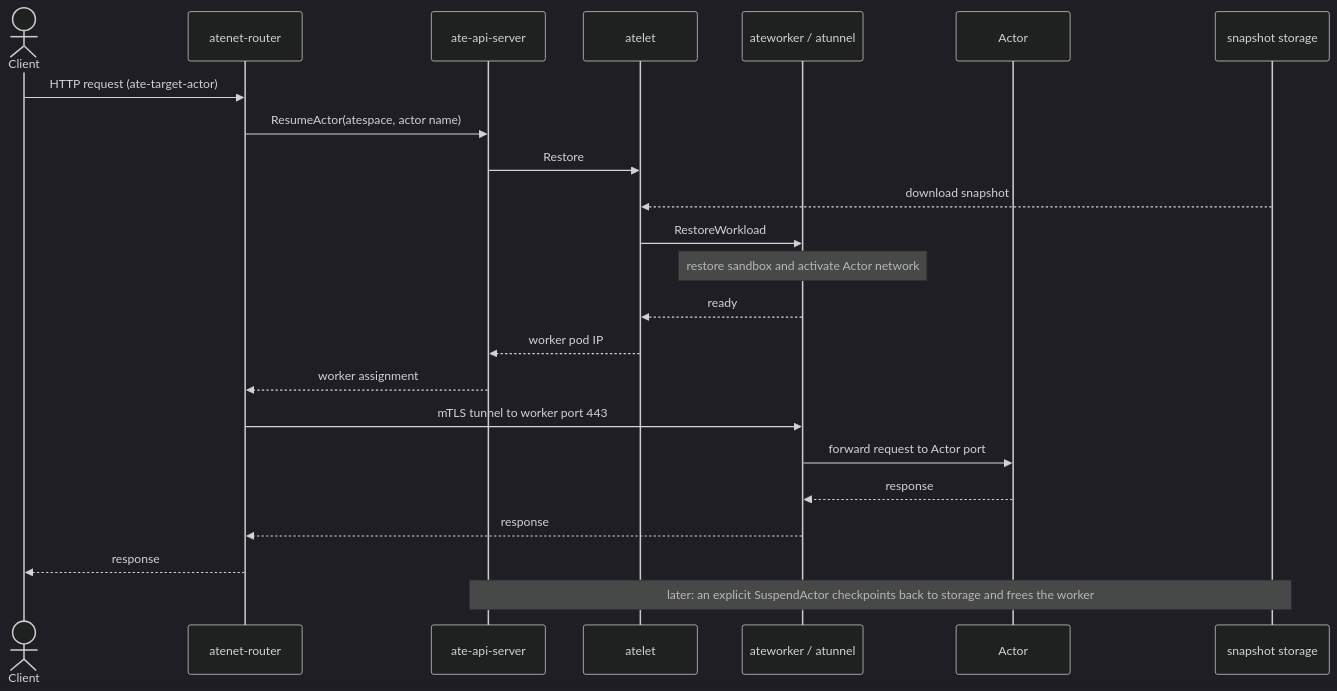
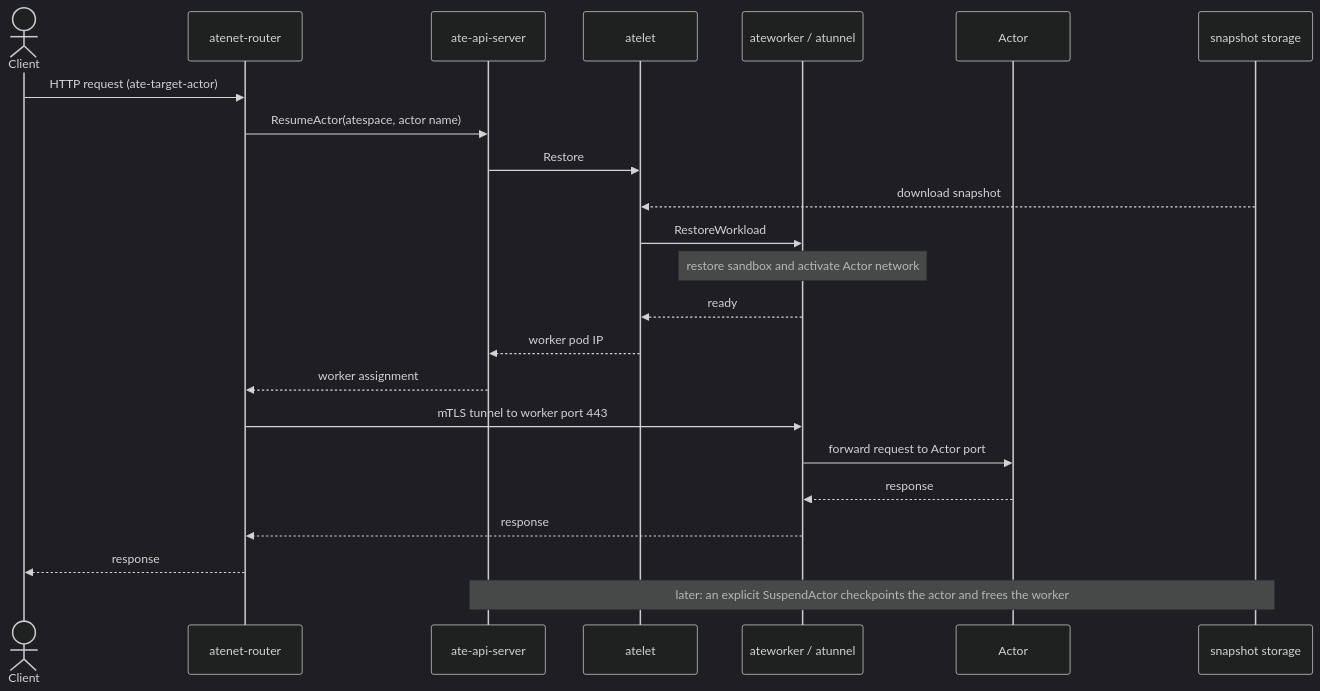
The second of 3 diagrams in docs/architecture.md (agent-substrate/substrate), drawn with Mermaid (dark theme) before and after one commit. The commit also changed other lines of this file and 6 other files, not shown here.

````diff
--- a/docs/architecture.md
+++ b/docs/architecture.md
@@ -388,26 +388,26 @@
 ```mermaid
 sequenceDiagram
     actor Client
     participant Gateway as atenet-router
     participant API as ate-api-server
     participant Atelet as atelet
     participant Tunnel as ateworker / atunnel
     participant A as Actor
     participant Store as snapshot storage
 
     Client->>Gateway: HTTP request (ate-target-actor)
     Gateway->>API: ResumeActor(atespace, actor name)
     API->>Atelet: Restore
     Store-->>Atelet: download snapshot
     Atelet->>Tunnel: RestoreWorkload
     Note over Tunnel: restore sandbox and activate Actor network
     Tunnel-->>Atelet: ready
     Atelet-->>API: worker pod IP
     API-->>Gateway: worker assignment
     Gateway->>Tunnel: mTLS tunnel to worker port 443
     Tunnel->>A: forward request to Actor port
     A-->>Tunnel: response
     Tunnel-->>Gateway: response
     Gateway-->>Client: response
-    Note over API,Store: later: an explicit SuspendActor checkpoints back to storage and frees the worker
+    Note over API,Store: later: an explicit SuspendActor checkpoints the actor and frees the worker
 ```
````
